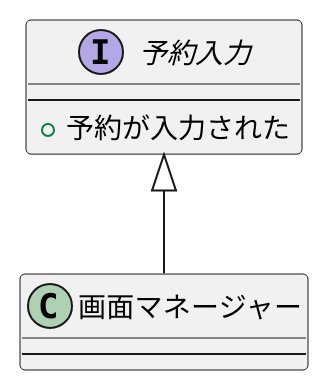
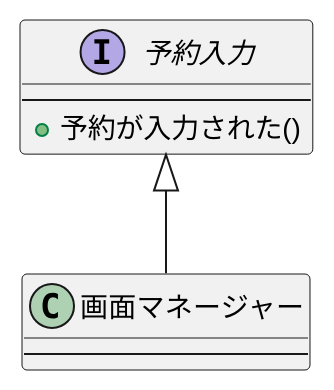
Before and after one commit to hatafukuryouya/UML_introduction: the diagram in 例題3-1_予約入力インターフェース.pu, drawn with PlantUML.

```diff
--- a/例題3-1_予約入力インターフェース.pu
+++ b/例題3-1_予約入力インターフェース.pu
@@ -1,12 +1,12 @@
 @startuml 例題3-1_予約入力インターフェース
 interface 予約入力{
 ---
-+予約が入力された
++予約が入力された()
 }
 class 画面マネージャー{
 ---
 }
 予約入力 <|-down-  画面マネージャー
 
 
 @enduml
```
